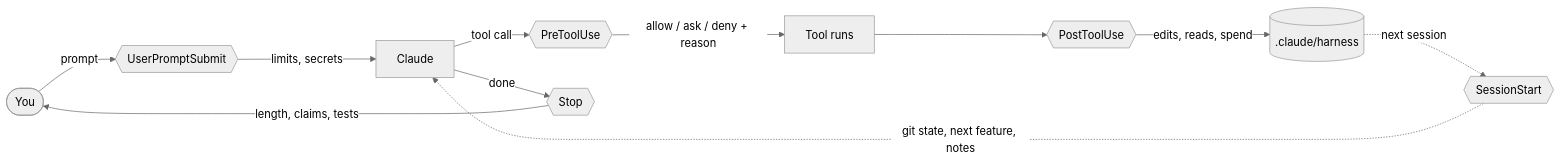
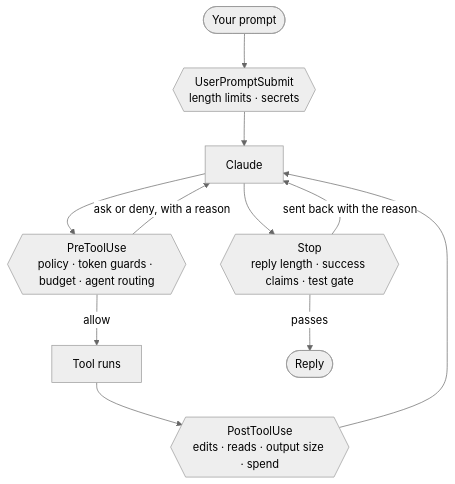
Before and after one commit to LiamSDD/claude-code-harness-pro-max: the diagram in README.md, drawn with Mermaid (neutral theme). The commit also changed other lines of this file, not shown here.

Commit message:
Make the README flow diagram readable

````diff
--- a/README.md
+++ b/README.md
@@ -129,13 +129,13 @@
 ```mermaid
-flowchart LR
-    U([You]) -->|prompt| P{{UserPromptSubmit}}
-    P -->|limits, secrets| C[Claude]
-    C -->|tool call| G{{PreToolUse}}
-    G -->|allow / ask / deny + reason| T[Tool runs]
-    T --> O{{PostToolUse}}
-    O -->|edits, reads, spend| S[(.claude/harness)]
-    C -->|"done"| X{{Stop}}
-    X -->|length, claims, tests| U
-    S -.->|next session| SS{{SessionStart}}
-    SS -.->|git state, next feature, notes| C
+flowchart TD
+    A([Your prompt]) --> B{{"UserPromptSubmit<br/>length limits · secrets"}}
+    B --> C[Claude]
+    C --> D{{"PreToolUse<br/>policy · token guards · budget · agent routing"}}
+    D -->|allow| E[Tool runs]
+    D -->|ask or deny, with a reason| C
+    E --> F{{"PostToolUse<br/>edits · reads · output size · spend"}}
+    F --> C
+    C --> G{{"Stop<br/>reply length · success claims · test gate"}}
+    G -->|passes| H([Reply])
+    G -->|sent back with the reason| C
 ```
````
